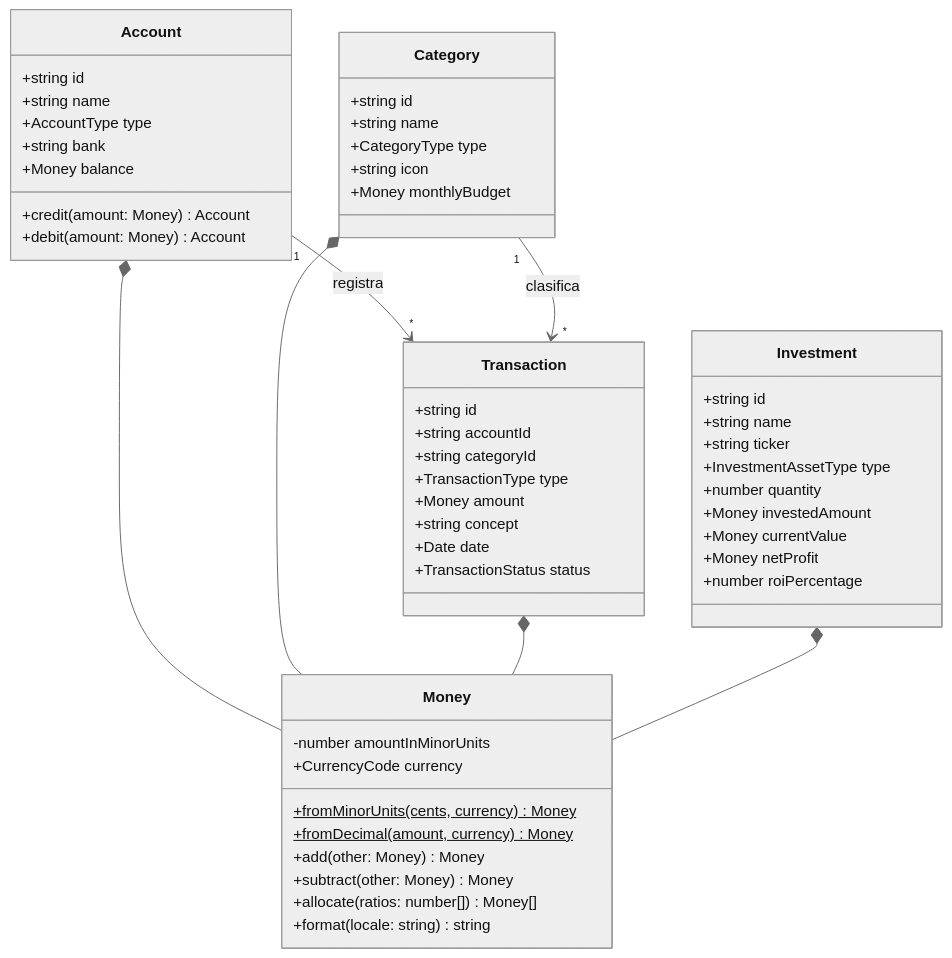
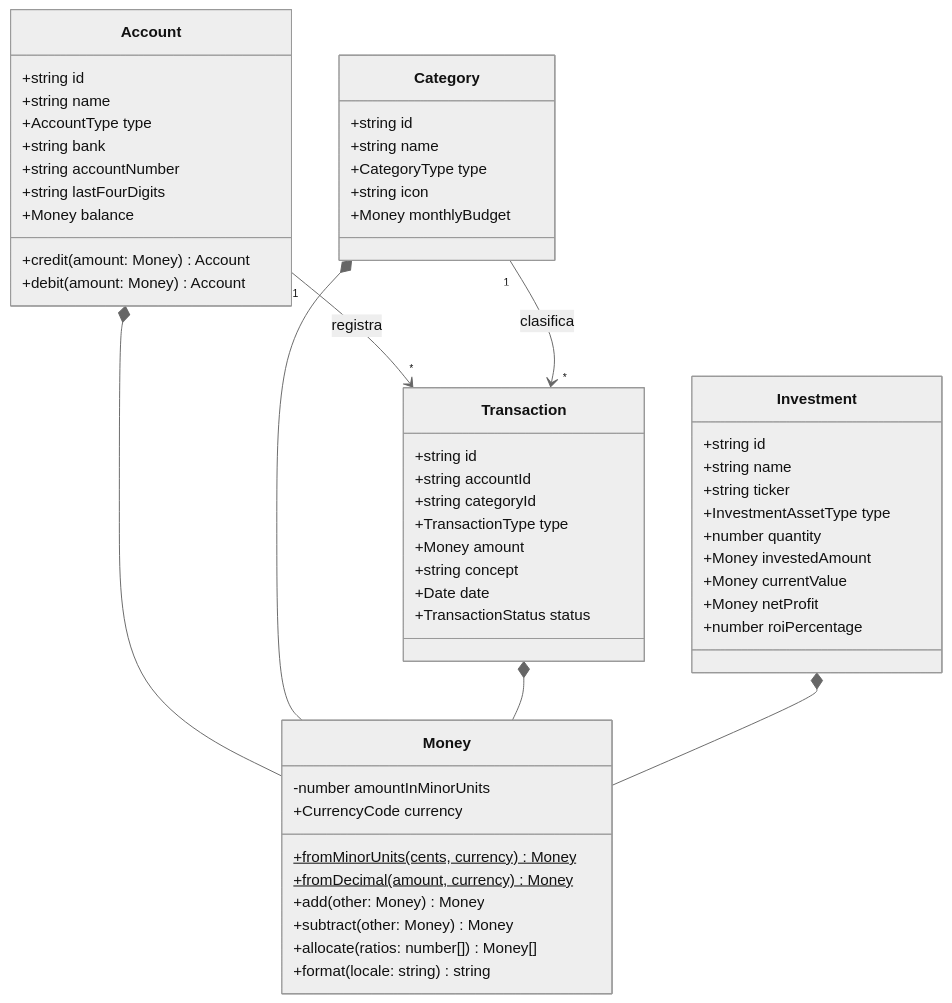
One commit to ruben-munz/react_nextjs_gestor_finanzas changed the first of 2 diagrams in react_nexjs_gestor_finanzas/docs/02-domain-model.md. Above: the diagram before and after it, drawn with Mermaid (neutral theme). The commit also changed other lines of this file and 17 other files, not shown here.

````diff
--- a/react_nexjs_gestor_finanzas/docs/02-domain-model.md
+++ b/react_nexjs_gestor_finanzas/docs/02-domain-model.md
@@ -13,61 +13,63 @@
 ```mermaid
 classDiagram
     class Money {
         -number amountInMinorUnits
         +CurrencyCode currency
         +fromMinorUnits(cents, currency)$ Money
         +fromDecimal(amount, currency)$ Money
         +add(other: Money) Money
         +subtract(other: Money) Money
         +allocate(ratios: number[]) Money[]
         +format(locale: string) string
     }
 
     class Account {
         +string id
         +string name
         +AccountType type
         +string bank
+        +string accountNumber
+        +string lastFourDigits
         +Money balance
         +credit(amount: Money) Account
         +debit(amount: Money) Account
     }
 
     class Category {
         +string id
         +string name
         +CategoryType type
         +string icon
         +Money monthlyBudget
     }
 
     class Transaction {
         +string id
         +string accountId
         +string categoryId
         +TransactionType type
         +Money amount
         +string concept
         +Date date
         +TransactionStatus status
     }
 
     class Investment {
         +string id
         +string name
         +string ticker
         +InvestmentAssetType type
         +number quantity
         +Money investedAmount
         +Money currentValue
         +Money netProfit
         +number roiPercentage
     }
 
     Account *-- Money
     Category *-- Money
     Transaction *-- Money
     Investment *-- Money
     Account "1" --> "*" Transaction : registra
     Category "1" --> "*" Transaction : clasifica
 ```
````
